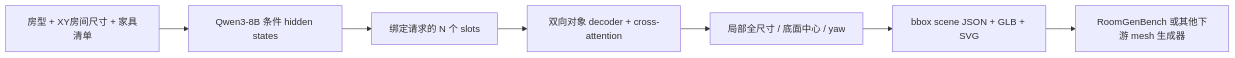
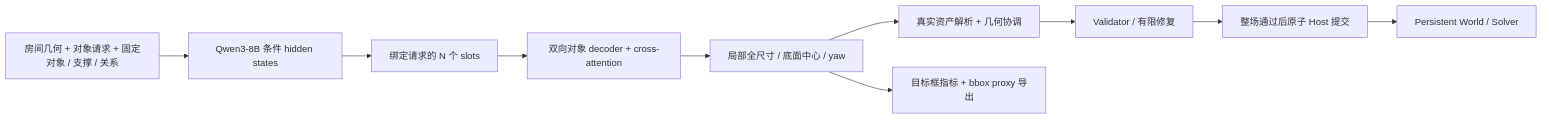
One commit to Slian22/fastfill changed the diagram in docs/fastfill-v2-training-pipeline.md. Above: the diagram before and after it, drawn with Mermaid. The commit also changed other lines of this file and 74 other files, not shown here.

Commit message:
fix: qualify multisource geometry and connect dynamic RoomGenBench handoffs

````diff
--- a/docs/fastfill-v2-training-pipeline.md
+++ b/docs/fastfill-v2-training-pipeline.md
@@ -7,9 +7,12 @@
 ```mermaid
 flowchart LR
-    A[房型 + XY房间尺寸 + 家具清单] --> B[Qwen3-8B 条件 hidden states]
+    A[房间几何 + 对象请求 + 固定对象 / 支撑 / 关系] --> B[Qwen3-8B 条件 hidden states]
     B --> C[绑定请求的 N 个 slots]
     C --> D[双向对象 decoder + cross-attention]
     D --> E[局部全尺寸 / 底面中心 / yaw]
-    E --> F[bbox scene JSON + GLB + SVG]
-    F --> G[RoomGenBench 或其他下游 mesh 生成器]
+    E --> F[真实资产解析 + 几何协调]
+    F --> G[Validator / 有限修复]
+    G --> H[整场通过后原子 Host 提交]
+    H --> J[Persistent World / Solver]
+    E --> I[目标框指标 + bbox proxy 导出]
 ```
````
